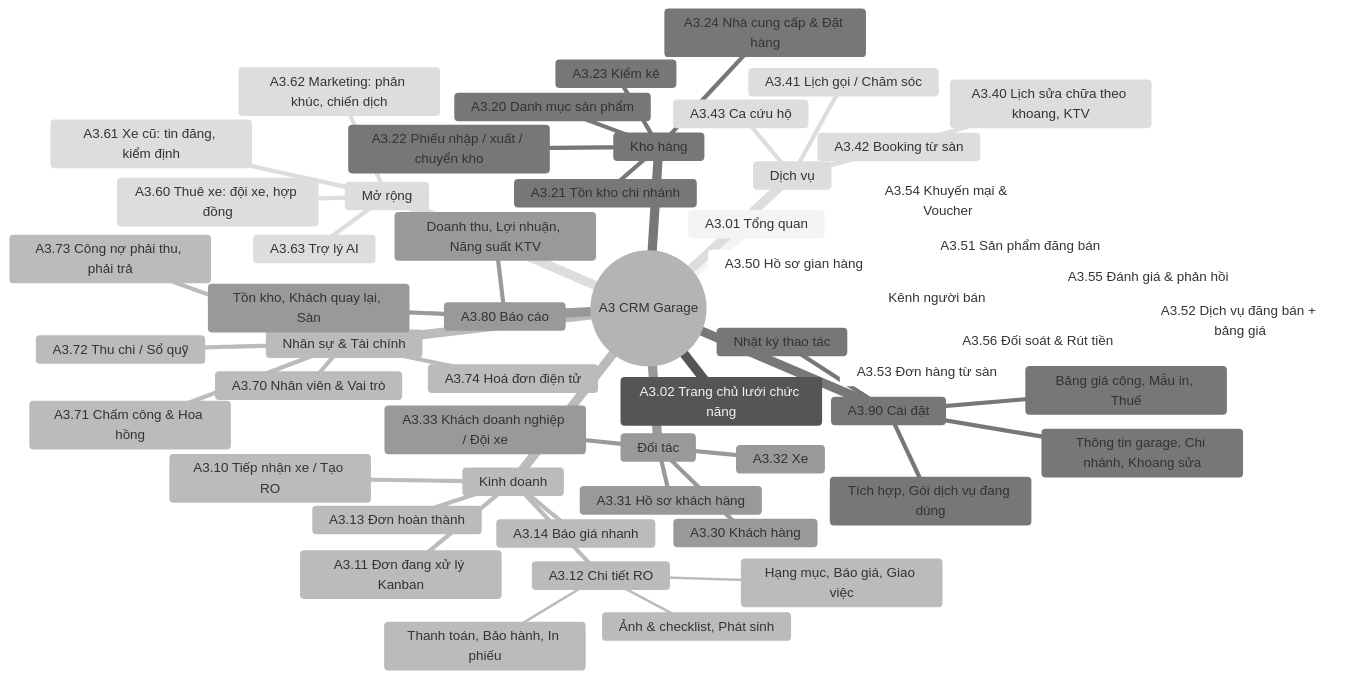
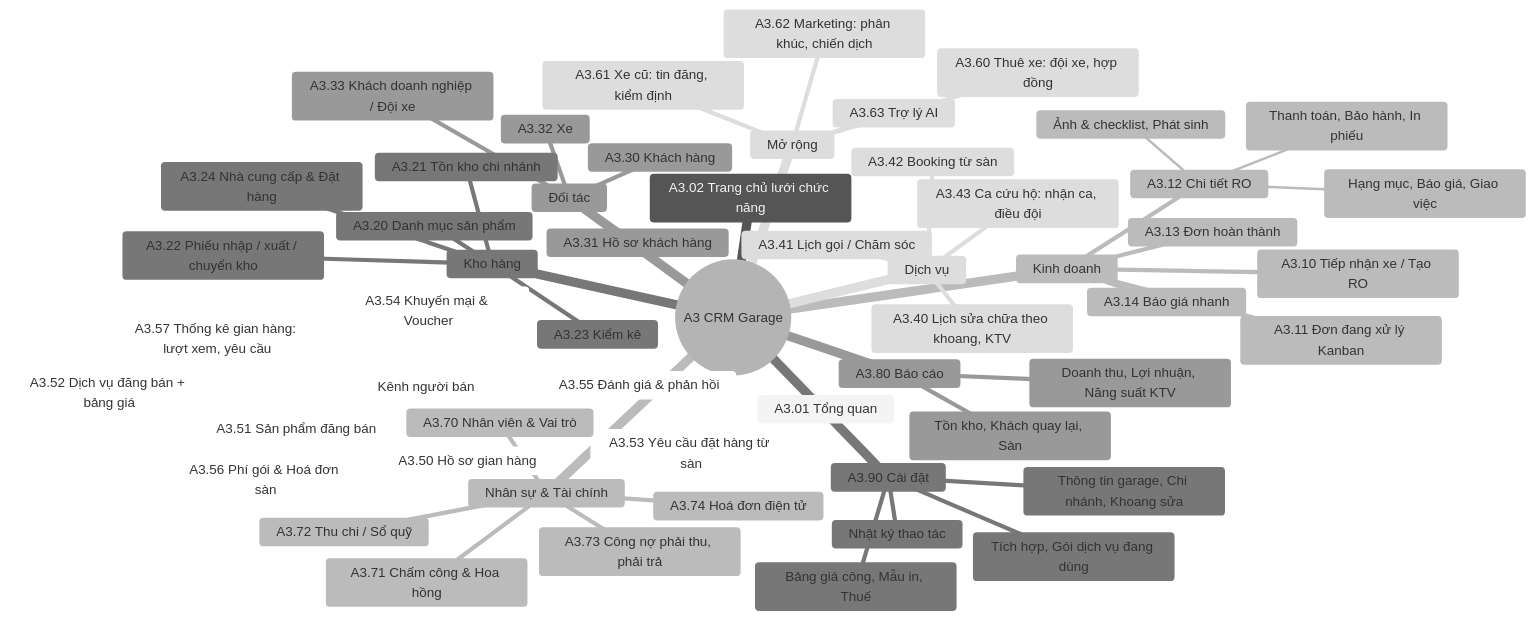
The third of 5 diagrams in docs/03-so-do-man-hinh.md (south93/cardiy-crm), drawn with Mermaid (neutral theme) before and after one commit. The commit also changed other lines of this file and 9 other files, not shown here.

First line of the commit message:
Cập nhật đặc tả: sàn chỉ là trung gian, cứu hộ là dịch vụ của garage; thêm lộ trình

````diff
--- a/docs/03-so-do-man-hinh.md
+++ b/docs/03-so-do-man-hinh.md
@@ -112,58 +111,59 @@
 ```mermaid
 mindmap
   root((A3 CRM Garage))
     A3.01 Tổng quan
     A3.02 Trang chủ lưới chức năng
     Kinh doanh
       A3.10 Tiếp nhận xe / Tạo RO
       A3.11 Đơn đang xử lý Kanban
       A3.12 Chi tiết RO
         Hạng mục, Báo giá, Giao việc
         Ảnh & checklist, Phát sinh
         Thanh toán, Bảo hành, In phiếu
       A3.13 Đơn hoàn thành
       A3.14 Báo giá nhanh
     Kho hàng
       A3.20 Danh mục sản phẩm
       A3.21 Tồn kho chi nhánh
       A3.22 Phiếu nhập / xuất / chuyển kho
       A3.23 Kiểm kê
       A3.24 Nhà cung cấp & Đặt hàng
     Đối tác
       A3.30 Khách hàng
       A3.31 Hồ sơ khách hàng
       A3.32 Xe
       A3.33 Khách doanh nghiệp / Đội xe
     Dịch vụ
       A3.40 Lịch sửa chữa theo khoang, KTV
       A3.41 Lịch gọi / Chăm sóc
       A3.42 Booking từ sàn
-      A3.43 Ca cứu hộ
+      A3.43 Ca cứu hộ: nhận ca, điều đội
     Kênh người bán
       A3.50 Hồ sơ gian hàng
       A3.51 Sản phẩm đăng bán
       A3.52 Dịch vụ đăng bán + bảng giá
-      A3.53 Đơn hàng từ sàn
+      A3.53 Yêu cầu đặt hàng từ sàn
       A3.54 Khuyến mại & Voucher
       A3.55 Đánh giá & phản hồi
-      A3.56 Đối soát & Rút tiền
+      A3.56 Phí gói & Hoá đơn sàn
+      A3.57 Thống kê gian hàng: lượt xem, yêu cầu
     Mở rộng
       A3.60 Thuê xe: đội xe, hợp đồng
       A3.61 Xe cũ: tin đăng, kiểm định
       A3.62 Marketing: phân khúc, chiến dịch
       A3.63 Trợ lý AI
     Nhân sự & Tài chính
       A3.70 Nhân viên & Vai trò
       A3.71 Chấm công & Hoa hồng
       A3.72 Thu chi / Sổ quỹ
       A3.73 Công nợ phải thu, phải trả
       A3.74 Hoá đơn điện tử
     A3.80 Báo cáo
       Doanh thu, Lợi nhuận, Năng suất KTV
       Tồn kho, Khách quay lại, Sàn
     A3.90 Cài đặt
       Thông tin garage, Chi nhánh, Khoang sửa
       Bảng giá công, Mẫu in, Thuế
       Tích hợp, Gói dịch vụ đang dùng
       Nhật ký thao tác
 ```
````
